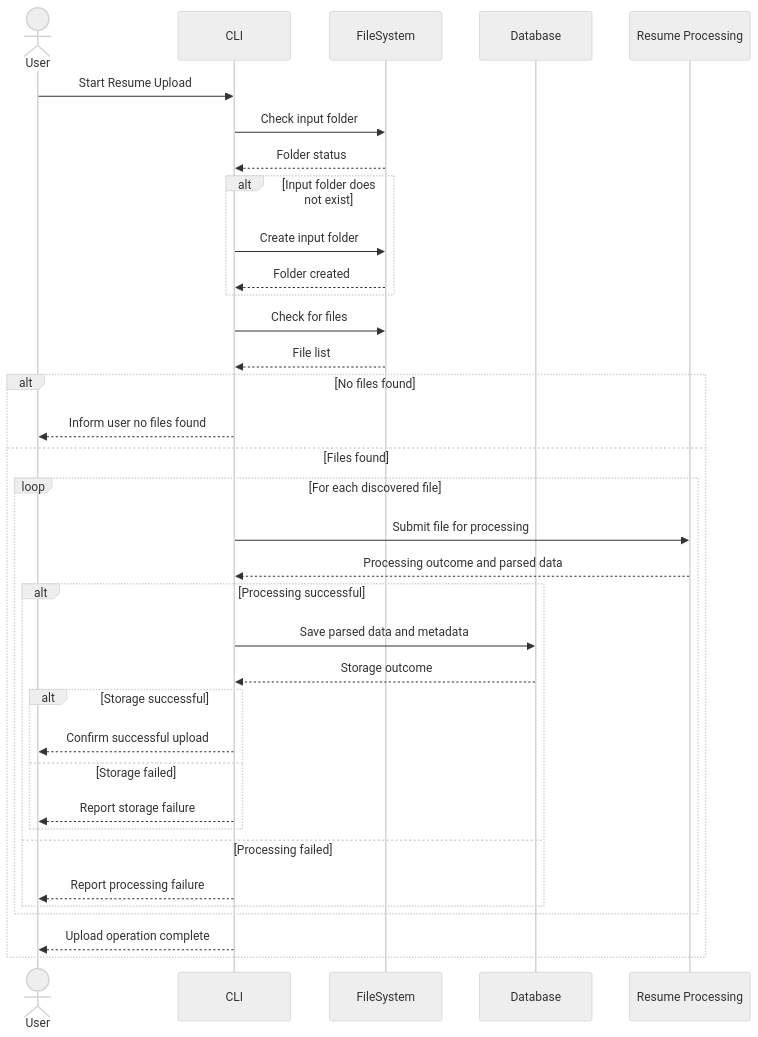
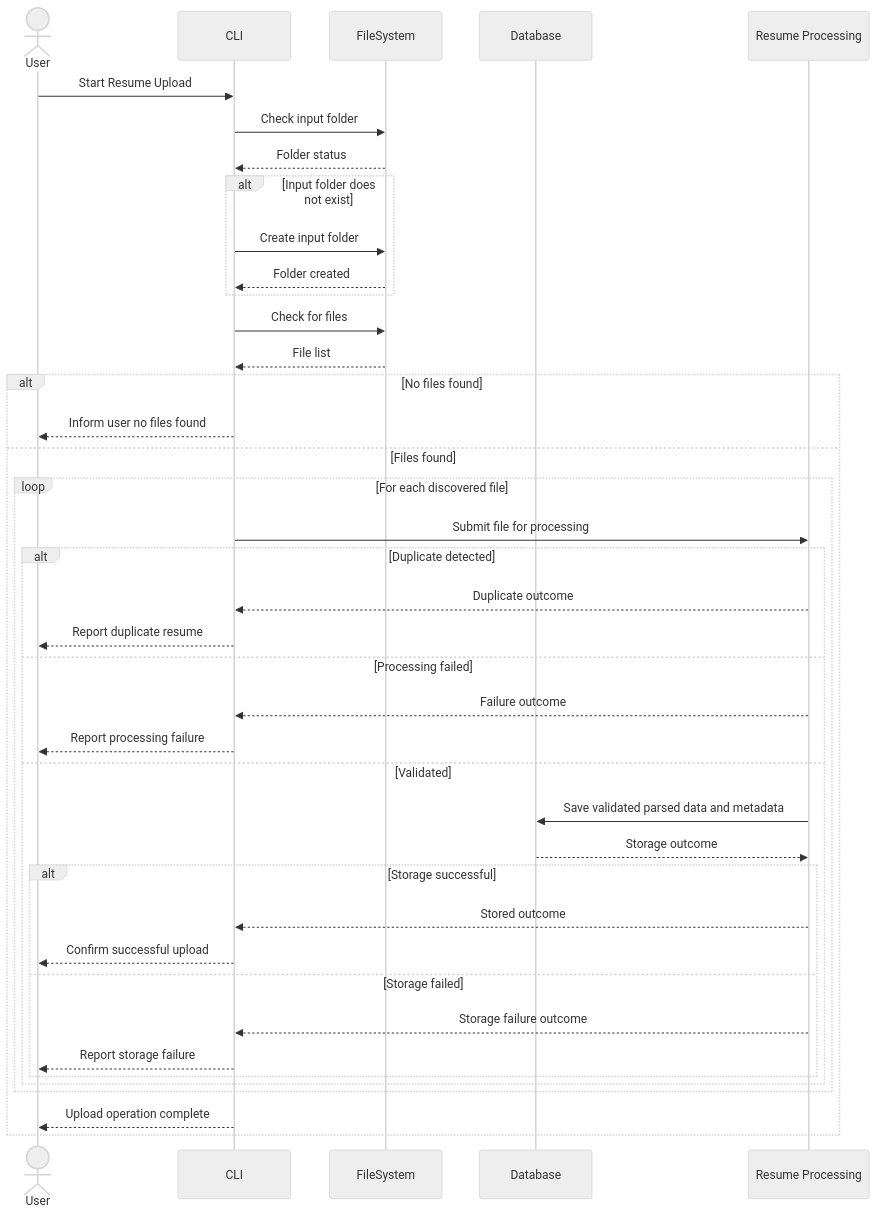
One commit to DelgadoArlee/cv-brewer changed the diagram in docs/system/resume-upload/processes/resume-upload.md. Above: the diagram before and after it, drawn with Mermaid (neutral theme). The commit also changed other lines of this file and 184 other files, not shown here.

````diff
--- a/docs/system/resume-upload/processes/resume-upload.md
+++ b/docs/system/resume-upload/processes/resume-upload.md
@@ -11,45 +11,50 @@
 ```mermaid
 sequenceDiagram
     actor User
     participant CLI
     participant FileSystem
     participant Database
     participant Core as Resume Processing
 
     User->>CLI: Start Resume Upload
 
     CLI->>FileSystem: Check input folder
     FileSystem-->>CLI: Folder status
 
     alt Input folder does not exist
         CLI->>FileSystem: Create input folder
         FileSystem-->>CLI: Folder created
     end
 
     CLI->>FileSystem: Check for files
     FileSystem-->>CLI: File list
 
     alt No files found
         CLI-->>User: Inform user no files found
     else Files found
         loop For each discovered file
             CLI->>Core: Submit file for processing
-            Core-->>CLI: Processing outcome and parsed data
 
-            alt Processing successful
-                CLI->>Database: Save parsed data and metadata
-                Database-->>CLI: Storage outcome
+            alt Duplicate detected
+                Core-->>CLI: Duplicate outcome
+                CLI-->>User: Report duplicate resume
+            else Processing failed
+                Core-->>CLI: Failure outcome
+                CLI-->>User: Report processing failure
+            else Validated
+                Core->>Database: Save validated parsed data and metadata
+                Database-->>Core: Storage outcome
 
                 alt Storage successful
+                    Core-->>CLI: Stored outcome
                     CLI-->>User: Confirm successful upload
                 else Storage failed
+                    Core-->>CLI: Storage failure outcome
                     CLI-->>User: Report storage failure
                 end
-            else Processing failed
-                CLI-->>User: Report processing failure
             end
         end
 
         CLI-->>User: Upload operation complete
     end
 ```
````
